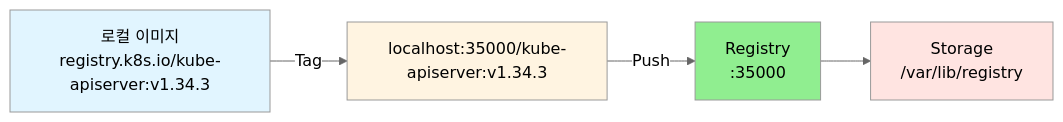
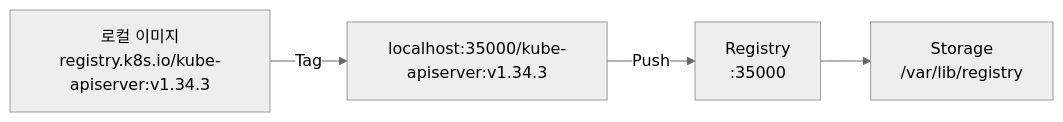
Before and after one commit to juwon8891/juwon8891.github.io: the seventh of 8 diagrams in docs/k8s-deploy/week6-kubespray-offline.md, drawn with Mermaid (neutral theme). The commit also changed other lines of this file and 18 other files, not shown here.

Commit message:
Remove bright colors from Mermaid diagrams for dark mode compatibility

````diff
--- a/docs/k8s-deploy/week6-kubespray-offline.md
+++ b/docs/k8s-deploy/week6-kubespray-offline.md
@@ -872,15 +856,11 @@
 ```mermaid
 graph LR
     LocalImage["로컬 이미지<br/>registry.k8s.io/kube-apiserver:v1.34.3"]
 
     LocalImage -->|"Tag"| NewTag["localhost:35000/kube-apiserver:v1.34.3"]
 
     NewTag -->|"Push"| Registry["Registry<br/>:35000"]
 
     Registry --> Storage["Storage<br/>/var/lib/registry"]
 
-    style LocalImage fill:#e1f5ff
-    style NewTag fill:#fff4e1
-    style Registry fill:#90EE90
-    style Storage fill:#FFE4E1
 ```
````
